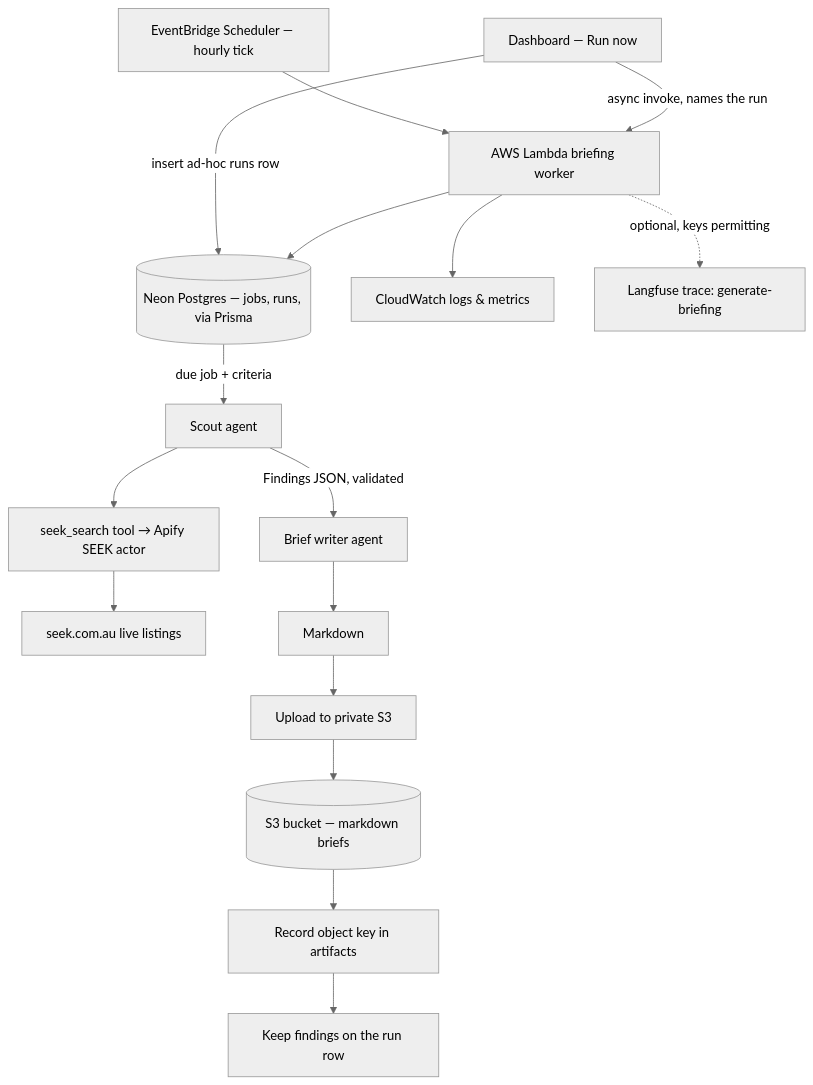
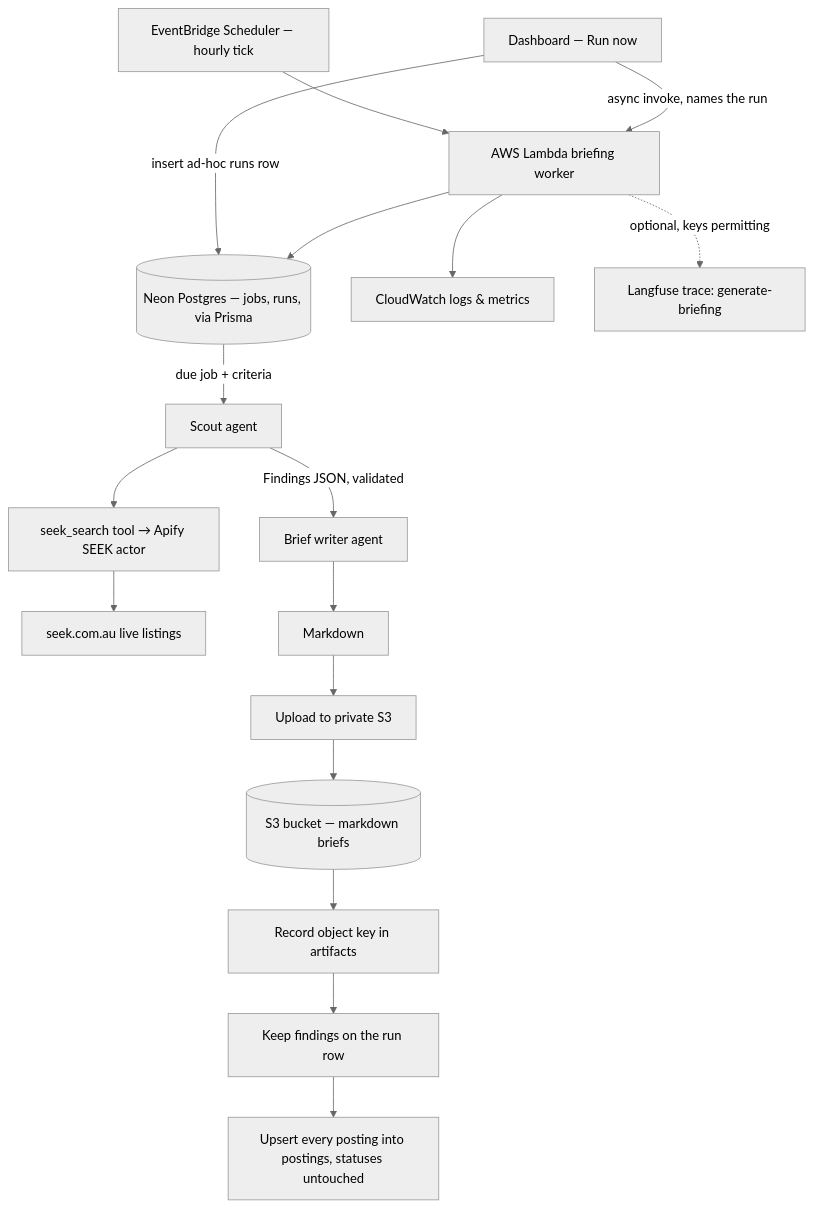
Before and after one commit to sunnyeyles/control-panel: the first of 2 diagrams in OVERVIEW.md, drawn with Mermaid (neutral theme). The commit also changed other lines of this file and 6 other files, not shown here.

````diff
--- a/OVERVIEW.md
+++ b/OVERVIEW.md
@@ -79,18 +85,19 @@
 ```mermaid
 flowchart TD
     E[EventBridge Scheduler — hourly tick] --> F[AWS Lambda briefing worker]
     B2[Dashboard — Run now] -->|insert ad-hoc runs row| D
     B2 -->|async invoke, names the run| F
     F --> D[(Neon Postgres — jobs, runs, via Prisma)]
     D -->|due job + criteria| G[Scout agent]
     G --> T[seek_search tool → Apify SEEK actor]
     T --> X[seek.com.au live listings]
     G -->|Findings JSON, validated| L[Brief writer agent]
     L --> Z[Markdown]
     Z --> U[Upload to private S3]
     U --> V[(S3 bucket — markdown briefs)]
     V --> W[Record object key in artifacts]
     W --> K[Keep findings on the run row]
+    K --> PT[Upsert every posting into postings, statuses untouched]
     F --> CW[CloudWatch logs & metrics]
     F -.->|optional, keys permitting| LF[Langfuse trace: generate-briefing]
 ```
````
